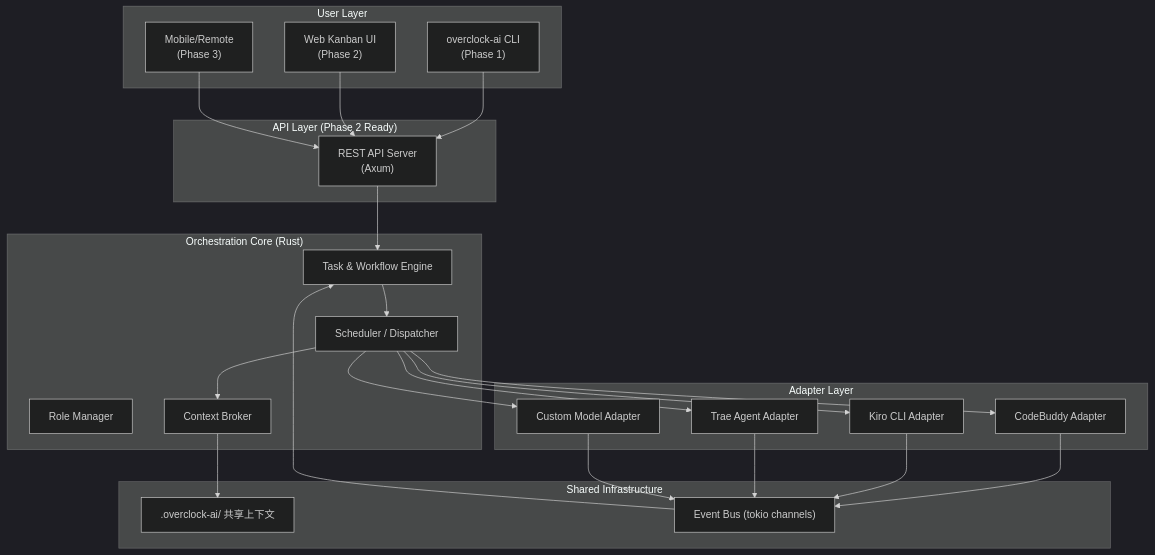
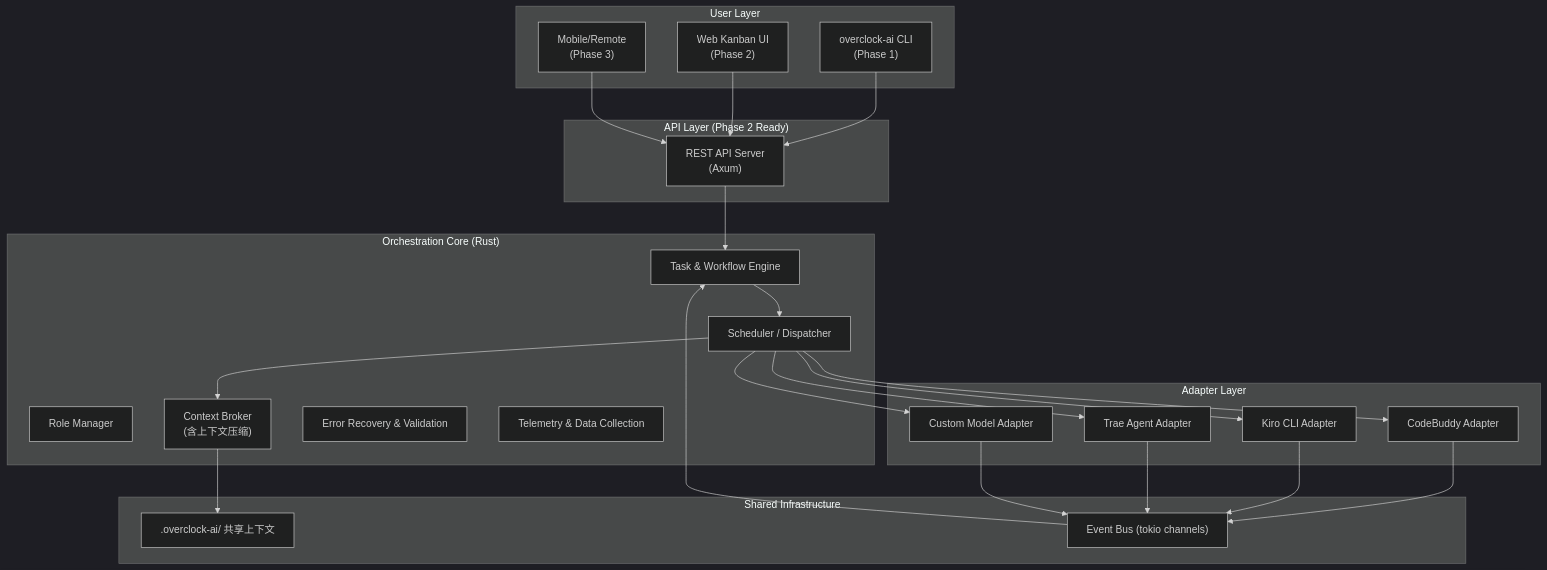
Before and after one commit to tmacychen/overclock-ai: the first of 2 diagrams in docs/architecture.md, drawn with Mermaid (dark theme). The commit also changed other lines of this file and 23 other files, not shown here.

First line of the commit message:
feat: integrate Agent Harness phase 1.5 (telemetry & recovery)

````diff
--- a/docs/architecture.md
+++ b/docs/architecture.md
@@ -30,42 +30,44 @@
 ```mermaid
 graph TB
     subgraph "User Layer"
         CLI["overclock-ai CLI<br/>(Phase 1)"]
         WebUI["Web Kanban UI<br/>(Phase 2)"]
         MobileApp["Mobile/Remote<br/>(Phase 3)"]
     end
 
     subgraph "API Layer (Phase 2 Ready)"
         REST["REST API Server<br/>(Axum)"]
     end
 
     subgraph "Orchestration Core (Rust)"
         TaskEngine["Task & Workflow Engine"]
         RoleManager["Role Manager"]
         Scheduler["Scheduler / Dispatcher"]
-        ContextBroker["Context Broker"]
+        ContextBroker["Context Broker<br/>(含上下文压缩)"]
+        RecoverySystem["Error Recovery & Validation"]
+        Telemetry["Telemetry & Data Collection"]
     end
 
     subgraph "Adapter Layer"
         A1["CodeBuddy Adapter"]
         A2["Kiro CLI Adapter"]
         A3["Trae Agent Adapter"]
         A4["Custom Model Adapter"]
     end
 
     subgraph "Shared Infrastructure"
         SharedCtx[".overclock-ai/ 共享上下文"]
         EventBus["Event Bus (tokio channels)"]
     end
 
     CLI --> REST
     WebUI --> REST
     MobileApp --> REST
     REST --> TaskEngine
     TaskEngine --> Scheduler
     Scheduler --> ContextBroker
     ContextBroker --> SharedCtx
     Scheduler --> A1 & A2 & A3 & A4
     A1 & A2 & A3 & A4 --> EventBus
     EventBus --> TaskEngine
 ```
````
